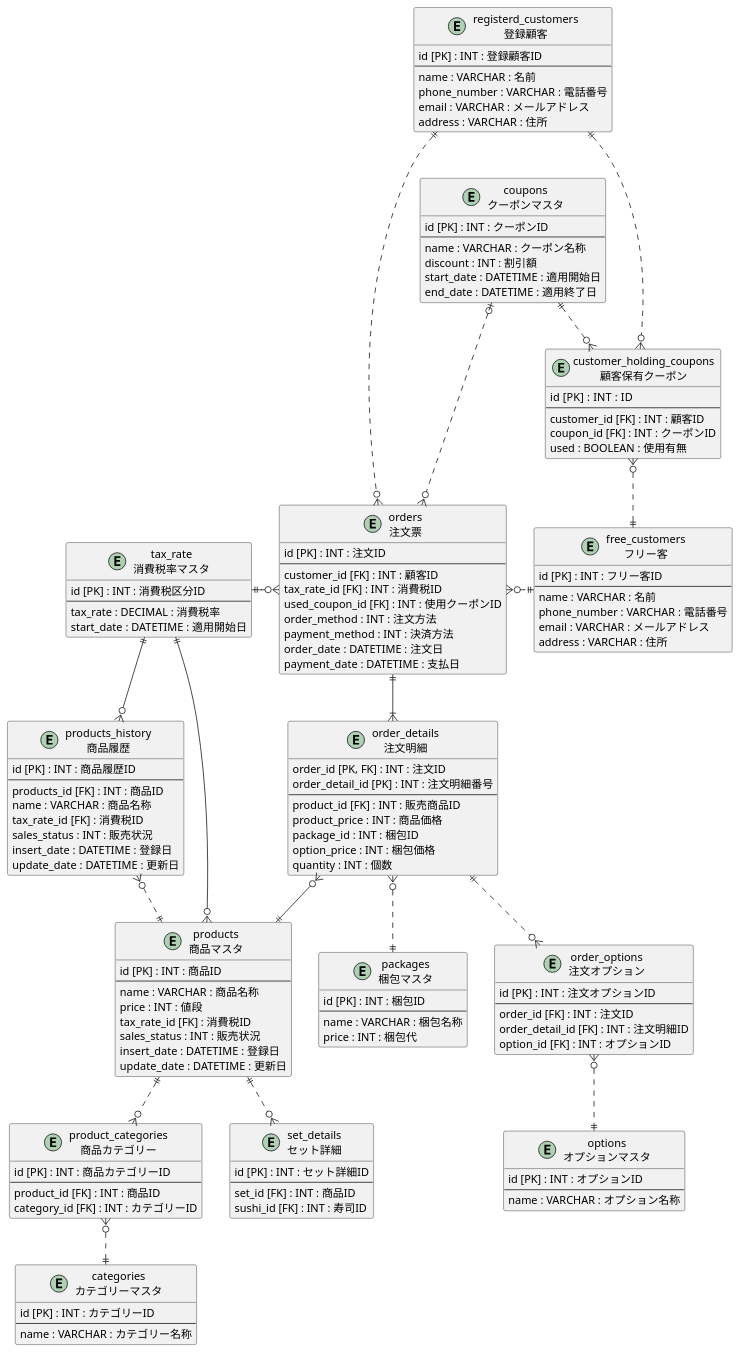
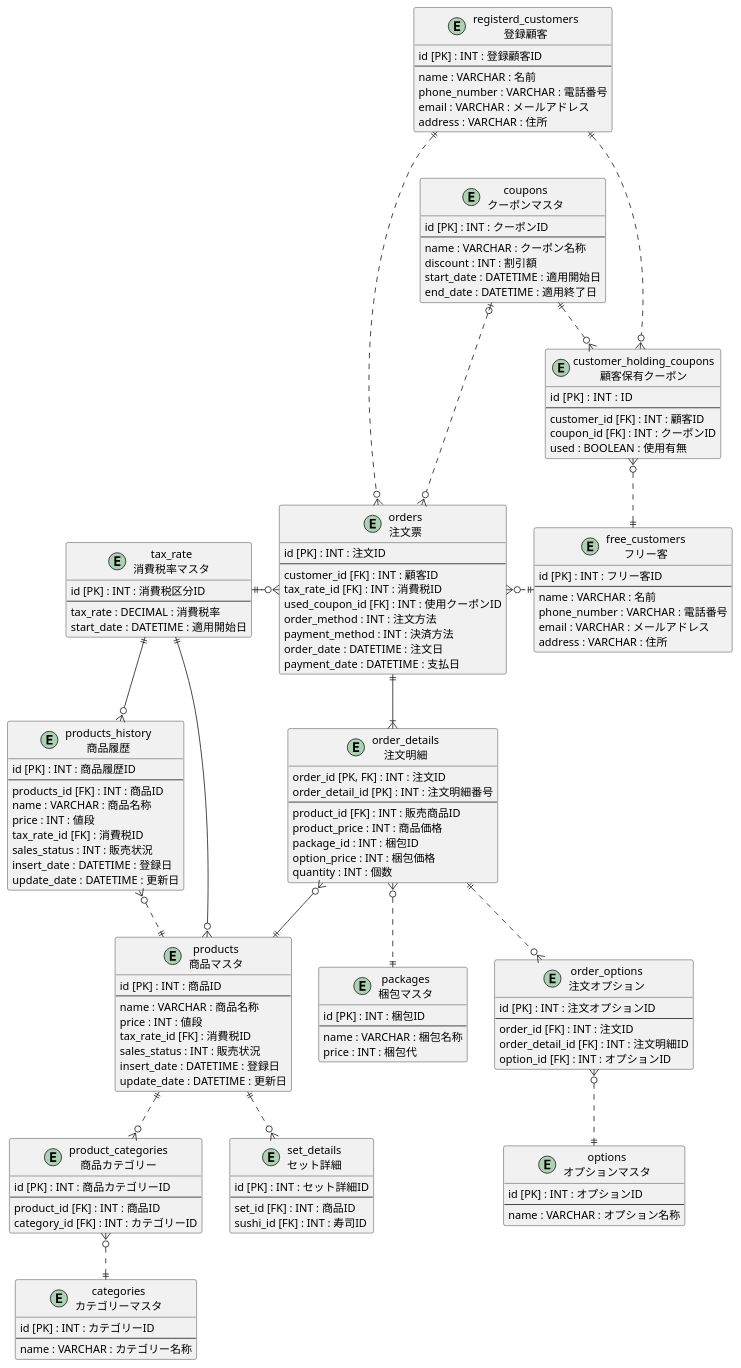
One commit to praha-inc/praha-challenge-7 changed the diagram in I84PdeRyF2ApGF/db_modeling01/task_03/db_modeling03.pu. Above: the diagram before and after it, drawn with PlantUML.

Commit message:
[Fix] products_history table

```diff
--- a/I84PdeRyF2ApGF/db_modeling01/task_03/db_modeling03.pu
+++ b/I84PdeRyF2ApGF/db_modeling01/task_03/db_modeling03.pu
@@ -1,163 +1,164 @@
 @startuml dbModeling1
     Entity "tax_rate\n消費税率マスタ" as tax_rate{
         id [PK] : INT : 消費税区分ID
         --
         tax_rate : DECIMAL : 消費税率
         start_date : DATETIME : 適用開始日
     }
 
     Entity "free_customers\nフリー客" as f_c {
         id [PK] : INT : フリー客ID
         --
         name : VARCHAR : 名前
         phone_number : VARCHAR : 電話番号
         email : VARCHAR : メールアドレス
         address : VARCHAR : 住所
     }
 
     Entity "registerd_customers\n登録顧客" as r_c{
         id [PK] : INT : 登録顧客ID
         --
         name : VARCHAR : 名前
         phone_number : VARCHAR : 電話番号
         email : VARCHAR : メールアドレス
         address : VARCHAR : 住所
     }
 
     Entity "customer_holding_coupons\n顧客保有クーポン" as c_h_c{
         id [PK] : INT :  ID
         --
         customer_id [FK] : INT : 顧客ID
         coupon_id [FK] : INT : クーポンID
         used : BOOLEAN : 使用有無
     }
 
     Entity "coupons\nクーポンマスタ" as c_m{
         id [PK] : INT : クーポンID
         --
         name : VARCHAR : クーポン名称
         discount : INT : 割引額
         start_date : DATETIME : 適用開始日
         end_date : DATETIME : 適用終了日
     }
 
     Entity "orders\n注文票" as orders {
         id [PK] : INT : 注文ID
         --
         customer_id [FK] : INT : 顧客ID
         tax_rate_id [FK] : INT : 消費税ID
         used_coupon_id [FK] : INT : 使用クーポンID
         order_method : INT : 注文方法
         payment_method : INT : 決済方法
         order_date : DATETIME : 注文日
         payment_date : DATETIME : 支払日
     }
 
     Entity "order_details\n注文明細" as order_details {
         order_id [PK, FK] : INT : 注文ID 
         order_detail_id [PK] : INT : 注文明細番号 
         --
         product_id [FK] : INT : 販売商品ID
         product_price : INT : 商品価格
         package_id : INT : 梱包ID 
         option_price : INT : 梱包価格
         quantity : INT : 個数
     }
 
     Entity "order_options\n注文オプション" as options {
         id [PK] : INT : 注文オプションID
         --
         order_id [FK] : INT : 注文ID
         order_detail_id [FK] : INT : 注文明細ID
         option_id [FK] : INT : オプションID
     }
 
     Entity "options\nオプションマスタ" as om{
         id [PK] : INT : オプションID
         --
         name : VARCHAR : オプション名称
     }
 
     Entity "packages\n梱包マスタ" as p_o{
         id [PK] : INT : 梱包ID
         --
         name : VARCHAR : 梱包名称
         price : INT : 梱包代
     }
 
     Entity "products\n商品マスタ" as s_p{
         id [PK] : INT : 商品ID
         --
         name : VARCHAR : 商品名称
         price : INT : 値段
         tax_rate_id [FK] : 消費税ID
         sales_status : INT : 販売状況
         insert_date : DATETIME : 登録日
         update_date : DATETIME : 更新日
     }
 
     Entity "products_history\n商品履歴" as p_h {
         id [PK] : INT : 商品履歴ID
         --
         products_id [FK] : INT : 商品ID
         name : VARCHAR : 商品名称
+        price : INT : 値段
         tax_rate_id [FK] : 消費税ID
         sales_status : INT : 販売状況
         insert_date : DATETIME : 登録日
         update_date : DATETIME : 更新日
     }
 
     Entity "set_details\nセット詳細" as s_d{
         id [PK] : INT : セット詳細ID
         --
         set_id [FK] : INT : 商品ID
         sushi_id [FK] : INT : 寿司ID
     }
 
     Entity "categories\nカテゴリーマスタ" as c {
         id [PK] : INT : カテゴリーID
         --
         name : VARCHAR : カテゴリー名称
     }
 
     Entity "product_categories\n商品カテゴリー" as pc {
         id [PK] : INT : 商品カテゴリーID
         --
         product_id [FK] : INT : 商品ID
         category_id [FK] : INT : カテゴリーID
     }
 
     orders }o..r..|| f_c
     r_c ||....o{ orders
     orders ||-d-|{ order_details
     orders }o-l-|| tax_rate
     order_details }o--|| s_p
     tax_rate ||--o{ s_p
     tax_rate ||--o{ p_h
     s_p ||..o{ pc
     pc }o..|| c
     s_p ||..o{ s_d
     order_details ||..o{ options
     options }o..|| om
     s_p ||..l..o{ p_h 
     order_details }o..|| p_o
     ' p_o ||..o{ p_o_h
     r_c ||..o{ c_h_c
     c_h_c }o..|| f_c
     c_m ||..o{ c_h_c
     c_m |o..o{orders
 
     ' * 主キー
     ' + 外部キー
     ' カラム名 : 型 : 説明
 
     ' 1対０また1
     ' A ||--o| B
     ' 1対1
     ' A ||--|| B
     ' 1対0以上
     ' A ||--o{ B
     ' 1対1以上
     ' A ||--|{ B
 
 @enduml
```
